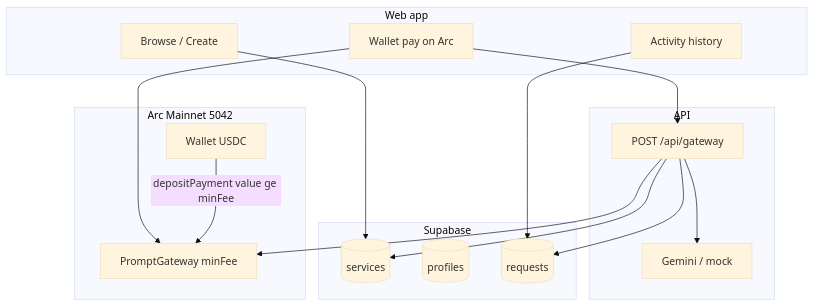
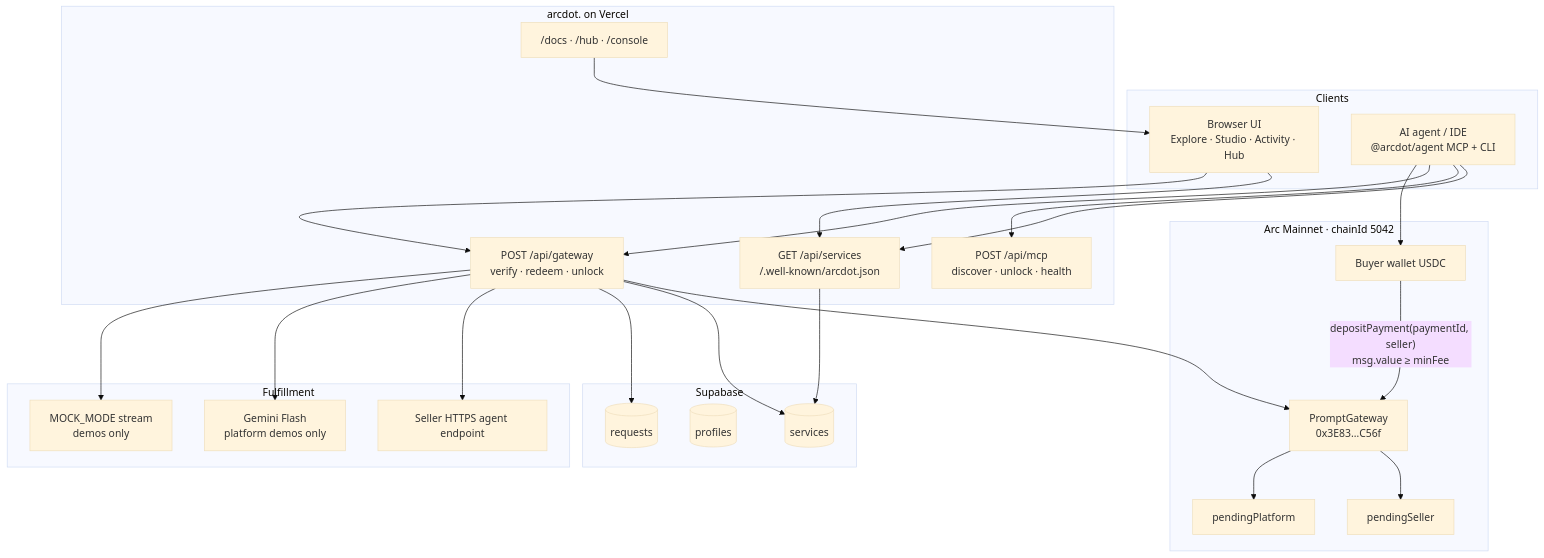
Before and after one commit to M4N4N22/arcdot.: the first of 4 diagrams in README.md, drawn with Mermaid (base theme). The commit also changed other lines of this file, not shown here.

````diff
--- a/README.md
+++ b/README.md
@@ -91,34 +141,51 @@
 ```mermaid
 flowchart TB
-  subgraph Humans["Web app"]
-    Browse[Browse / Create]
-    PayUI[Wallet pay on Arc]
-    Activity[Activity history]
+  subgraph Clients["Clients"]
+    Human["Browser UI<br/>Explore · Studio · Activity · Hub"]
+    Agent["AI agent / IDE<br/>@arcdot/agent MCP + CLI"]
+  end
+
+  subgraph Vercel["arcdot. on Vercel"]
+    Catalog["GET /api/services<br/>/.well-known/arcdot.json"]
+    Gateway["POST /api/gateway<br/>verify · redeem · unlock"]
+    MCP["POST /api/mcp<br/>discover · unlock · health"]
+    Docs["/docs · /hub · /console"]
   end
 
   subgraph Data["Supabase"]
     Services[(services)]
     Profiles[(profiles)]
     Requests[(requests)]
   end
 
-  subgraph ArcNet["Arc Mainnet 5042"]
-    W[Wallet USDC]
-    G[PromptGateway minFee]
-    W -->|depositPayment value ge minFee| G
+  subgraph Arc["Arc Mainnet · chainId 5042"]
+    Wallet["Buyer wallet USDC"]
+    GW["PromptGateway<br/>0x3E83…C56f"]
+    SellerBal["pendingSeller"]
+    PlatBal["pendingPlatform"]
+    Wallet -->|"depositPayment(paymentId, seller)<br/>msg.value ≥ minFee"| GW
+    GW --> SellerBal
+    GW --> PlatBal
   end
 
-  subgraph Vercel["API"]
-    API["POST /api/gateway"]
-    LLM[Gemini / mock]
+  subgraph Upstream["Fulfillment"]
+    SellerEP["Seller HTTPS agent endpoint"]
+    Gemini["Gemini Flash<br/>platform demos only"]
+    Mock["MOCK_MODE stream<br/>demos only"]
   end
 
-  Browse --> Services
-  PayUI --> G
-  PayUI --> API
-  API --> G
-  API --> Services
-  API --> LLM
-  API --> Requests
-  Activity --> Requests
+  Human --> Catalog
+  Human --> Gateway
+  Agent --> Catalog
+  Agent --> MCP
+  Agent --> Gateway
+  Agent --> Wallet
+  Catalog --> Services
+  Gateway --> GW
+  Gateway --> Services
+  Gateway --> Requests
+  Gateway --> SellerEP
+  Gateway --> Gemini
+  Gateway --> Mock
+  Docs --> Human
 ```
````
